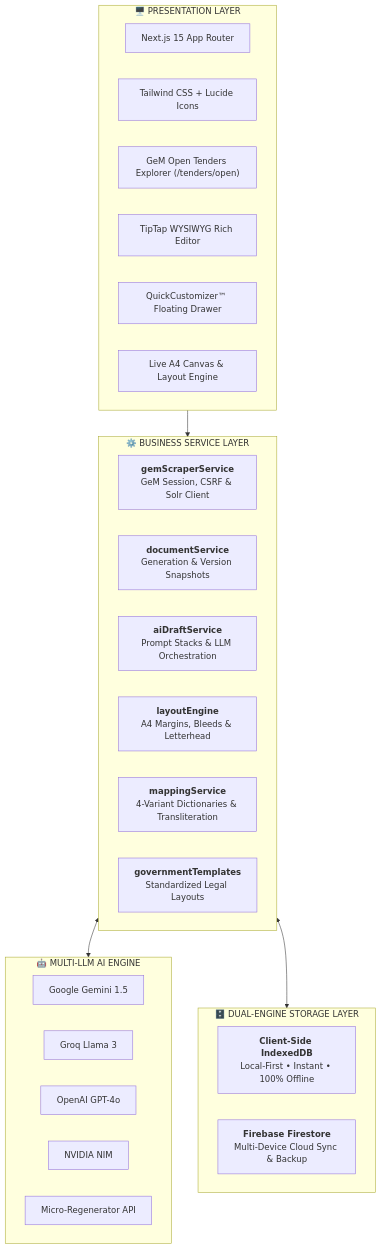
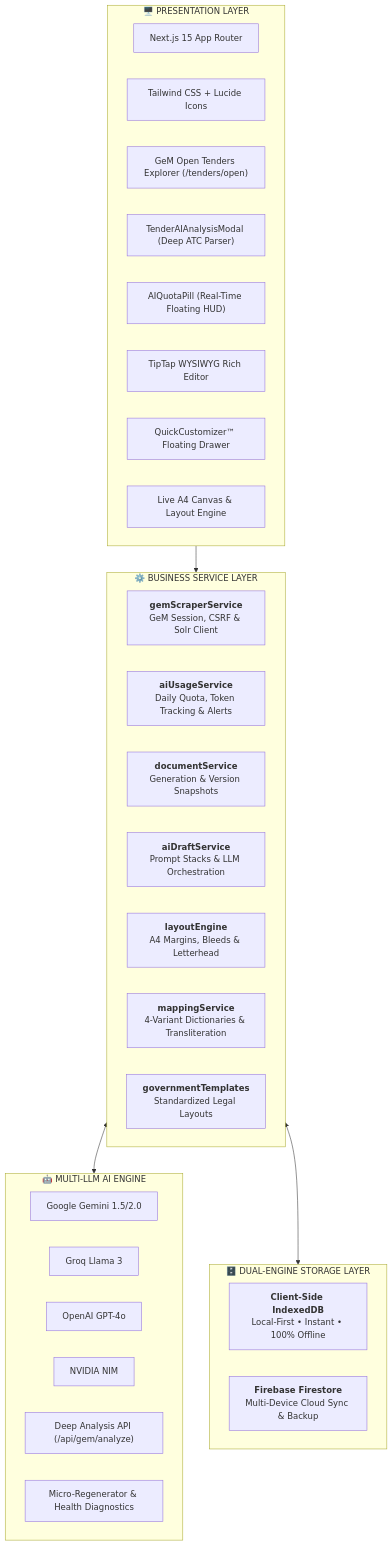
The sixth of 9 diagrams in README.md (Magraa/TenderFlow-AI), drawn with Mermaid before and after one commit. The commit also changed other lines of this file and 18 other files, not shown here.

Commit message:
feat: add AI tender deep analysis, real-time quota tracking HUD & update README

````diff
--- a/README.md
+++ b/README.md
@@ -200,37 +265,41 @@
 ```mermaid
 graph TB
     subgraph UI ["🖥️ PRESENTATION LAYER"]
         P1["Next.js 15 App Router"]
         P2["Tailwind CSS + Lucide Icons"]
         P3["GeM Open Tenders Explorer (/tenders/open)"]
-        P4["TipTap WYSIWYG Rich Editor"]
-        P5["QuickCustomizer™ Floating Drawer"]
-        P6["Live A4 Canvas & Layout Engine"]
+        P4["TenderAIAnalysisModal (Deep ATC Parser)"]
+        P5["AIQuotaPill (Real-Time Floating HUD)"]
+        P6["TipTap WYSIWYG Rich Editor"]
+        P7["QuickCustomizer™ Floating Drawer"]
+        P8["Live A4 Canvas & Layout Engine"]
     end
 
     subgraph SERVICES ["⚙️ BUSINESS SERVICE LAYER"]
         S1["<b>gemScraperService</b><br/>GeM Session, CSRF & Solr Client"]
-        S2["<b>documentService</b><br/>Generation & Version Snapshots"]
-        S3["<b>aiDraftService</b><br/>Prompt Stacks & LLM Orchestration"]
-        S4["<b>layoutEngine</b><br/>A4 Margins, Bleeds & Letterhead"]
-        S5["<b>mappingService</b><br/>4-Variant Dictionaries & Transliteration"]
-        S6["<b>governmentTemplates</b><br/>Standardized Legal Layouts"]
+        S2["<b>aiUsageService</b><br/>Daily Quota, Token Tracking & Alerts"]
+        S3["<b>documentService</b><br/>Generation & Version Snapshots"]
+        S4["<b>aiDraftService</b><br/>Prompt Stacks & LLM Orchestration"]
+        S5["<b>layoutEngine</b><br/>A4 Margins, Bleeds & Letterhead"]
+        S6["<b>mappingService</b><br/>4-Variant Dictionaries & Transliteration"]
+        S7["<b>governmentTemplates</b><br/>Standardized Legal Layouts"]
     end
 
     subgraph AI_LAYER ["🤖 MULTI-LLM AI ENGINE"]
-        A1["Google Gemini 1.5"]
+        A1["Google Gemini 1.5/2.0"]
         A2["Groq Llama 3"]
         A3["OpenAI GPT-4o"]
         A4["NVIDIA NIM"]
-        A5["Micro-Regenerator API"]
+        A5["Deep Analysis API (/api/gem/analyze)"]
+        A6["Micro-Regenerator & Health Diagnostics"]
     end
 
     subgraph STORAGE ["🗄️ DUAL-ENGINE STORAGE LAYER"]
         DB1["<b>Client-Side IndexedDB</b><br/>Local-First • Instant • 100% Offline"]
         DB2["<b>Firebase Firestore</b><br/>Multi-Device Cloud Sync & Backup"]
     end
 
     UI --> SERVICES
     SERVICES <--> AI_LAYER
     SERVICES <--> STORAGE
 ```
````
